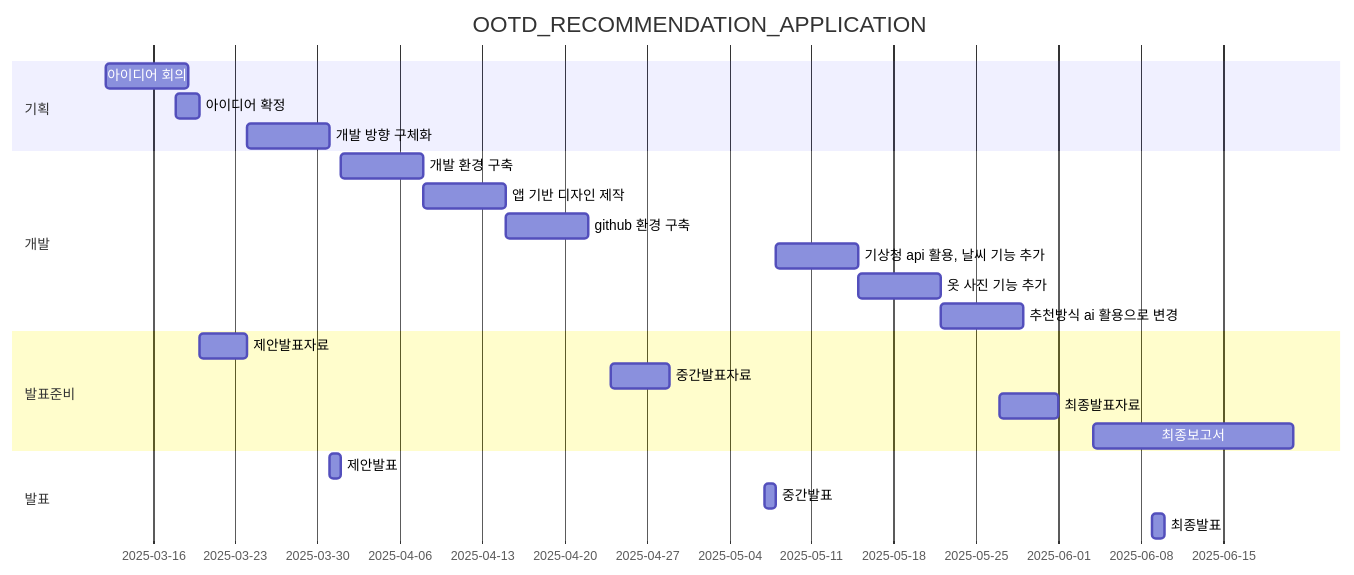
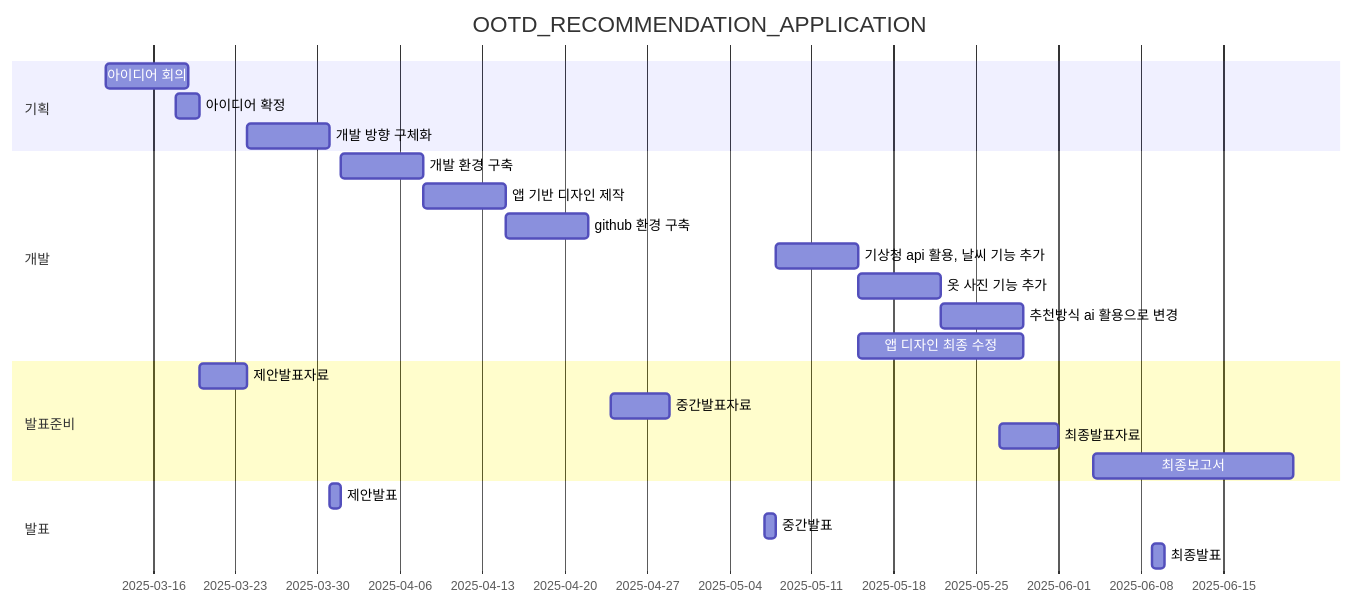
One commit to Introduction-to-Engineering-Design-13/LOR changed the diagram in project-plan.md. Above: the diagram before and after it, drawn with Mermaid.

````diff
--- a/project-plan.md
+++ b/project-plan.md
@@ -1,32 +1,33 @@
 ```mermaid
 gantt
     title OOTD_RECOMMENDATION_APPLICATION
 
     dateFormat  YYYY-MM-DD
 
     section 기획
     아이디어 회의      :a1, 2025-03-12, 7d
     아이디어 확정      :a2, 2025-03-18, 2d
     개발 방향 구체화    :a3, after d1, 7d
     
     section 개발
     개발 환경 구축        :c1, after e1, 7d
     앱 기반 디자인 제작    :c2, after c1, 7d
     github 환경 구축       :c6,after c2,7d
     기상청 api 활용, 날씨 기능 추가     : c3, after e2, 7d
     옷 사진 기능 추가      :c5,after c3,7d
     추천방식 ai 활용으로 변경        :c4 , after c5, 7d
+    앱 디자인 최종 수정     :c7, after c3,14d
 
 
     section 발표준비
     제안발표자료        :d1,    after a2,      4d
     중간발표자료        :d2,    2025-04-24,    5d
     최종발표자료        :d3,    2025-05-27,    5d
     최종보고서          :d4,    2025-06-04,    17d
 
     section 발표
     제안발표            :e1,    2025-03-31,    1d 
     중간발표            :e2,    2025-05-07,    1d
     최종발표            :e3,    2025-06-09,    1d
 
 ```
````
